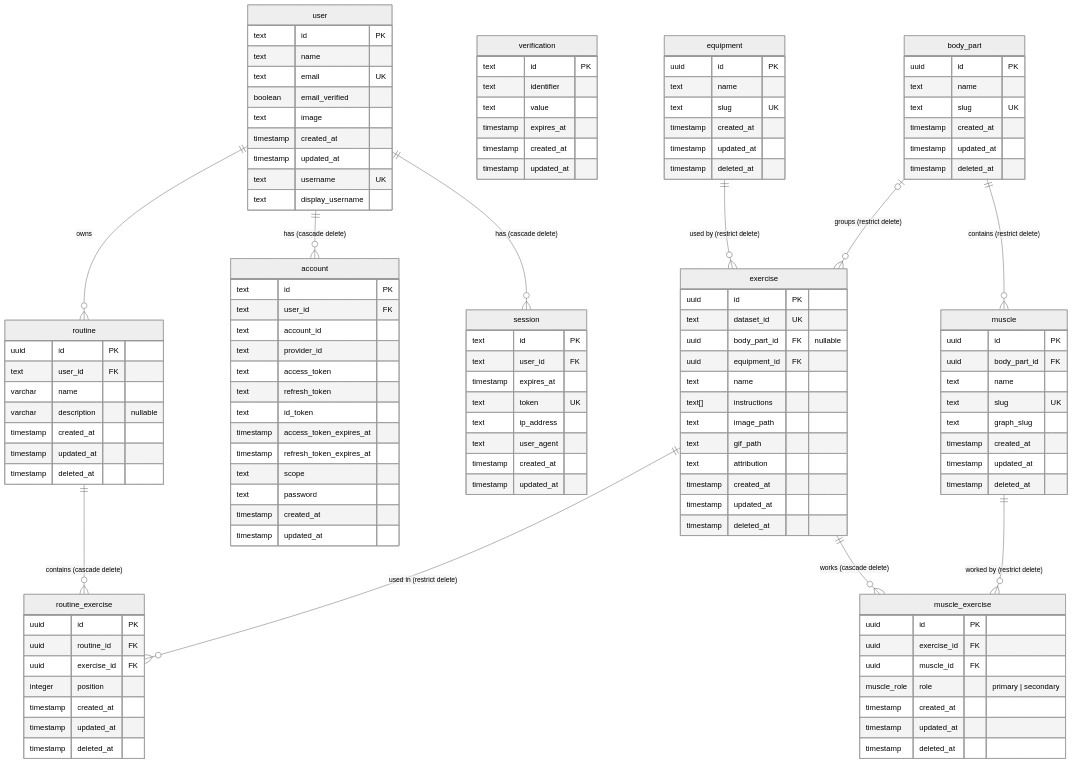
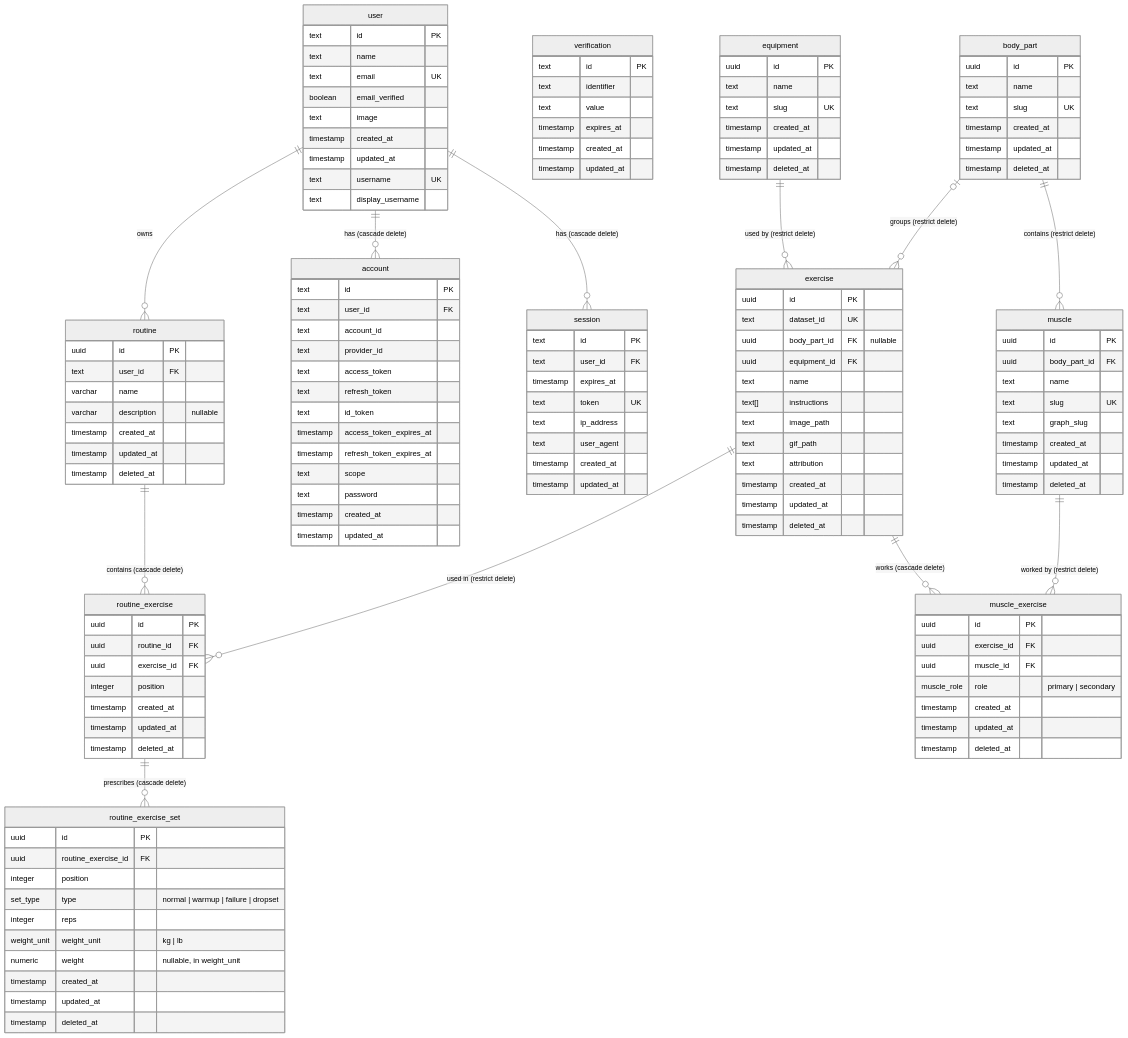
One commit to fredrikj31/overload changed the diagram in docs/database.md. Above: the diagram before and after it, drawn with Mermaid (neutral theme). The commit also changed other lines of this file, not shown here.

Commit message:
docs(database): adds new routine exercise set table to diagram

````diff
--- a/docs/database.md
+++ b/docs/database.md
@@ -126,6 +126,19 @@
         timestamp deleted_at
     }
 
+    routine_exercise_set {
+        uuid id PK
+        uuid routine_exercise_id FK
+        integer position
+        set_type type "normal | warmup | failure | dropset"
+        integer reps
+        weight_unit weight_unit "kg | lb"
+        numeric weight "nullable, in weight_unit"
+        timestamp created_at
+        timestamp updated_at
+        timestamp deleted_at
+    }
+
     user ||--o{ session : "has (cascade delete)"
     user ||--o{ account : "has (cascade delete)"
     user ||--o{ routine : "owns"
@@ -136,4 +149,5 @@
     muscle ||--o{ muscle_exercise : "worked by (restrict delete)"
     routine ||--o{ routine_exercise : "contains (cascade delete)"
     exercise ||--o{ routine_exercise : "used in (restrict delete)"
+    routine_exercise ||--o{ routine_exercise_set : "prescribes (cascade delete)"
 ```
````
